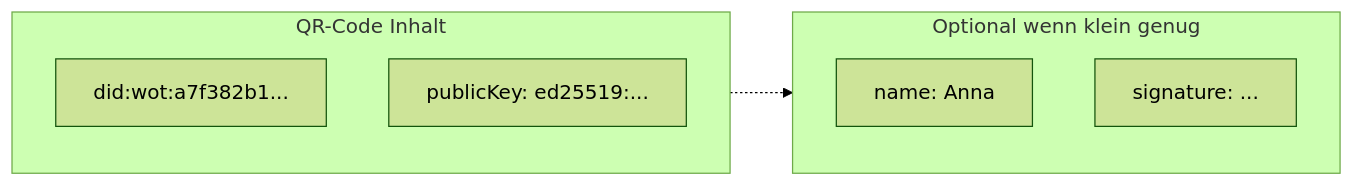
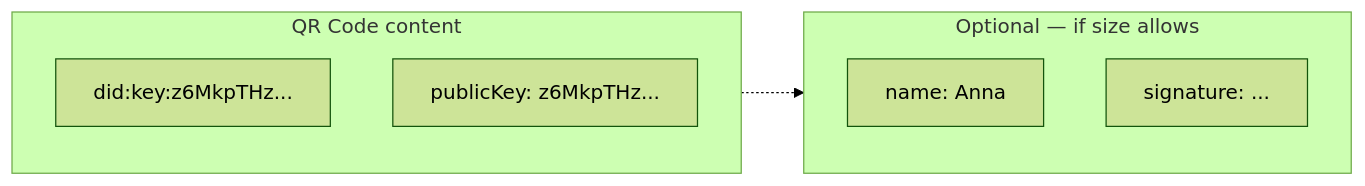
The second of 8 diagrams in docs/flows/02-verification-technical.md (IT4Change/web-of-trust), drawn with Mermaid (forest theme) before and after one commit. The commit also changed other lines of this file and 6 other files, not shown here.

````diff
--- a/docs/flows/02-verification-technical.md
+++ b/docs/flows/02-verification-technical.md
@@ -50,14 +50,14 @@
 ```mermaid
 flowchart LR
-    subgraph QR["QR-Code Inhalt"]
-        DID["did:wot:a7f382b1..."]
-        PK["publicKey: ed25519:..."]
+    subgraph QR["QR Code content"]
+        DID["did:key:z6MkpTHz..."]
+        PK["publicKey: z6MkpTHz..."]
     end
-    
-    subgraph Optional["Optional wenn klein genug"]
+
+    subgraph Optional["Optional — if size allows"]
         NAME["name: Anna"]
         SIG["signature: ..."]
     end
-    
+
     QR -.-> Optional
 ```
````
